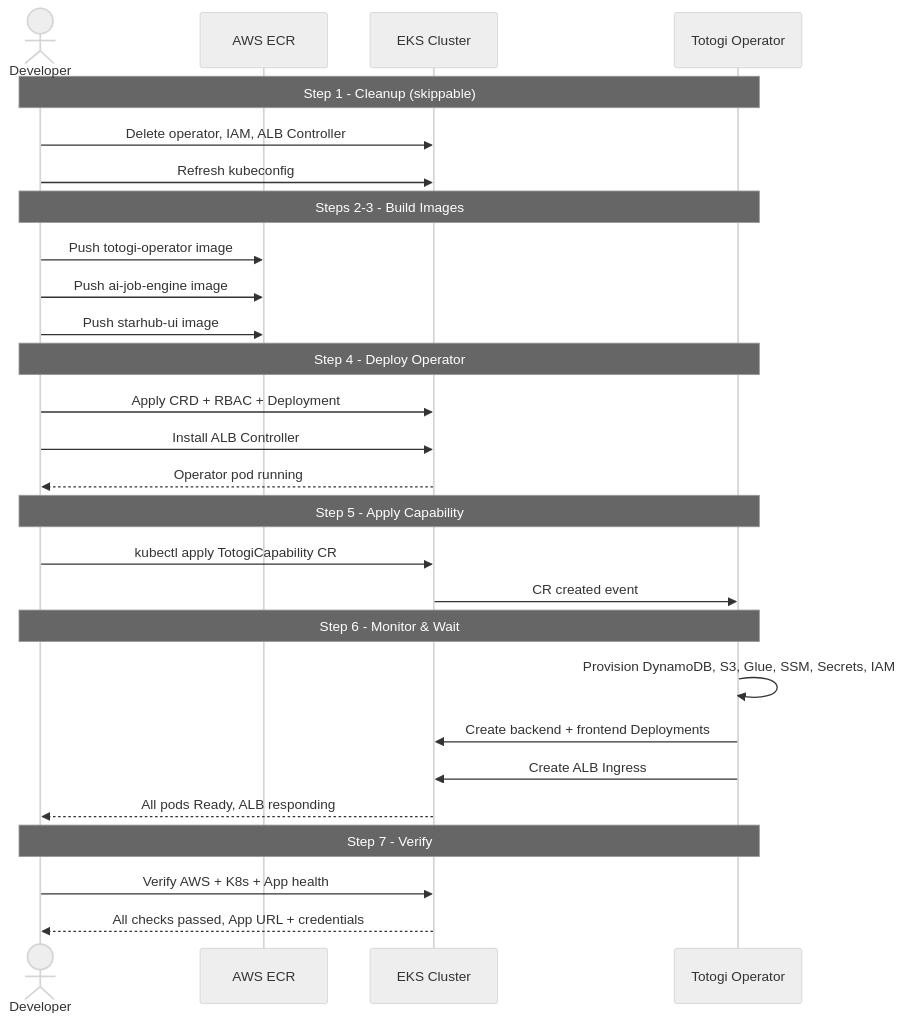
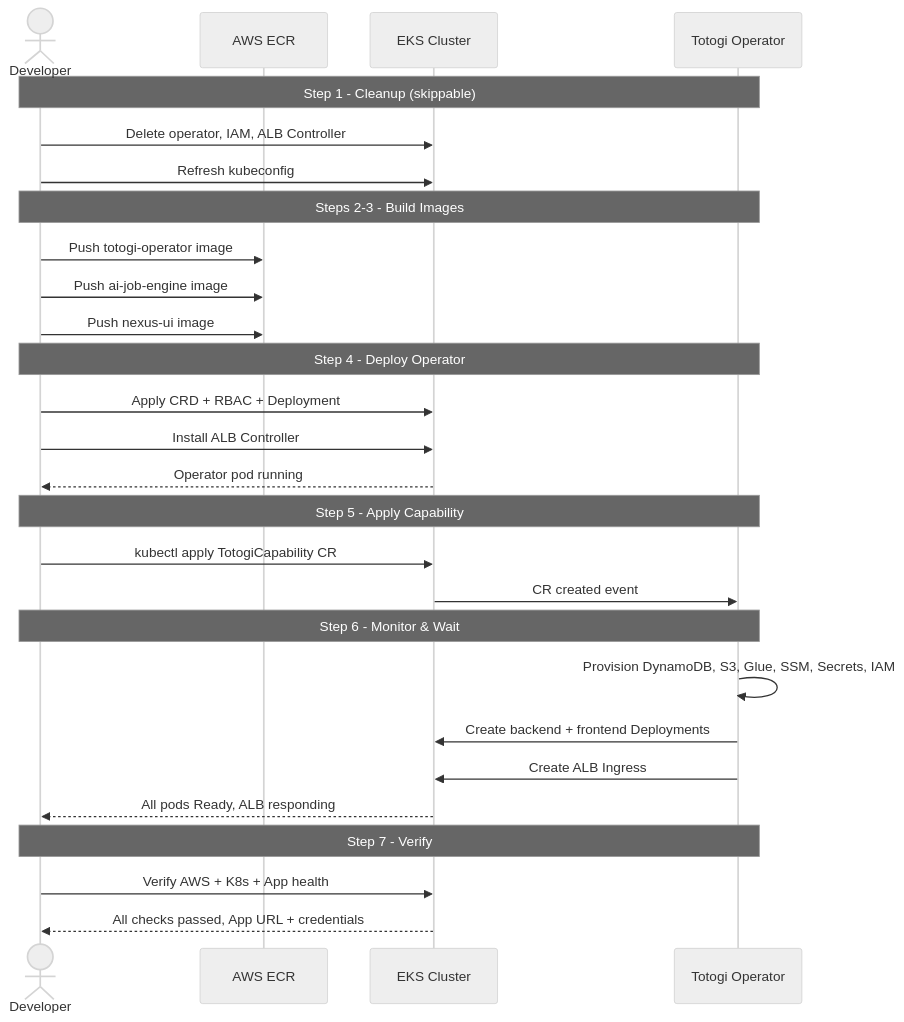
The second of 2 diagrams in doc/operator/README.md (nexusdataai/nexus-deployer), drawn with Mermaid (neutral theme) before and after one commit. The commit also changed other lines of this file and 83 other files, not shown here.

````diff
--- a/doc/operator/README.md
+++ b/doc/operator/README.md
@@ -157,35 +157,35 @@
 ```mermaid
 sequenceDiagram
     actor Dev as Developer
     participant ECR as AWS ECR
     participant EKS as EKS Cluster
     participant Op as Totogi Operator
 
     Note over Dev,Op: Step 1 - Cleanup (skippable)
     Dev->>EKS: Delete operator, IAM, ALB Controller
     Dev->>EKS: Refresh kubeconfig
 
     Note over Dev,Op: Steps 2-3 - Build Images
     Dev->>ECR: Push totogi-operator image
     Dev->>ECR: Push ai-job-engine image
-    Dev->>ECR: Push starhub-ui image
+    Dev->>ECR: Push nexus-ui image
 
     Note over Dev,Op: Step 4 - Deploy Operator
     Dev->>EKS: Apply CRD + RBAC + Deployment
     Dev->>EKS: Install ALB Controller
     EKS-->>Dev: Operator pod running
 
     Note over Dev,Op: Step 5 - Apply Capability
     Dev->>EKS: kubectl apply TotogiCapability CR
     EKS->>Op: CR created event
 
     Note over Dev,Op: Step 6 - Monitor & Wait
     Op->>Op: Provision DynamoDB, S3, Glue, SSM, Secrets, IAM
     Op->>EKS: Create backend + frontend Deployments
     Op->>EKS: Create ALB Ingress
     EKS-->>Dev: All pods Ready, ALB responding
 
     Note over Dev,Op: Step 7 - Verify
     Dev->>EKS: Verify AWS + K8s + App health
     EKS-->>Dev: All checks passed, App URL + credentials
 ```
````
